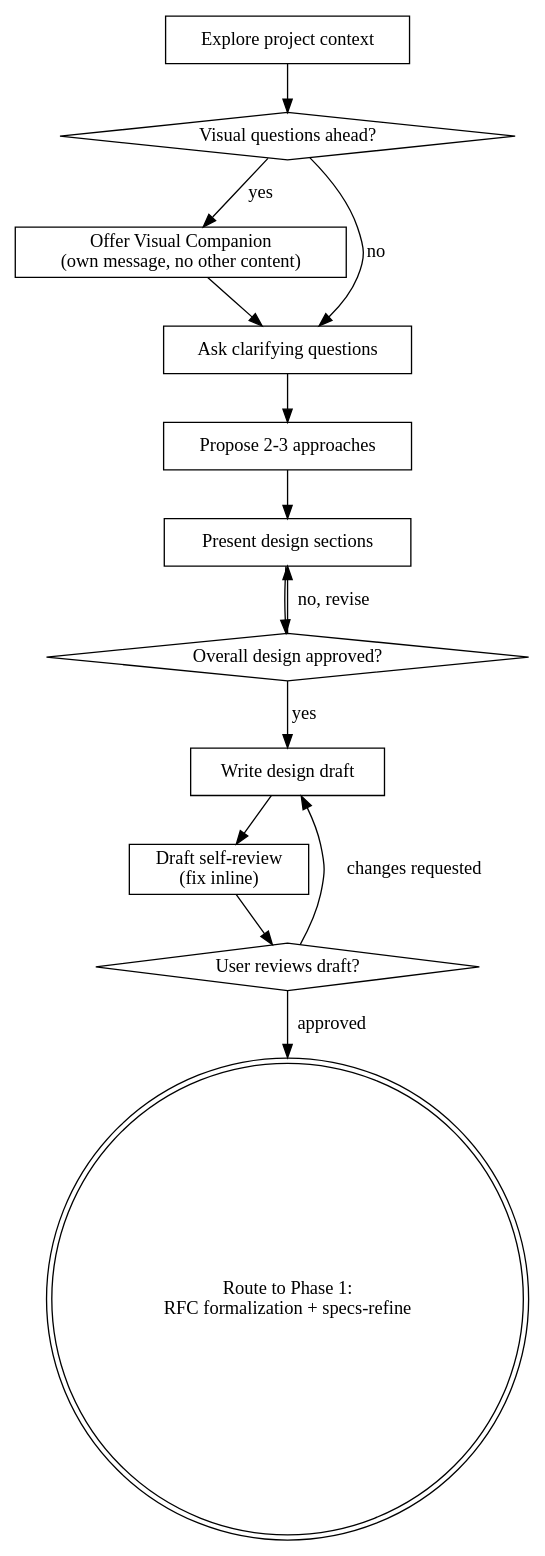
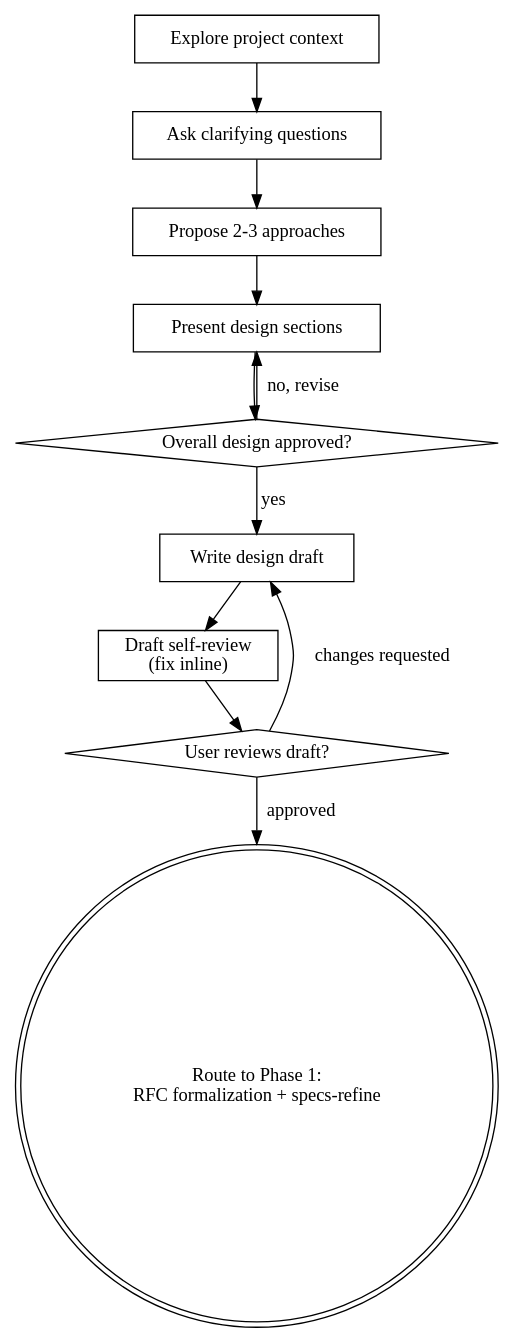
One commit to caesar0301/platonic-coding changed the diagram in skills/platonic-brainstorming/SKILL.md. Above: the diagram before and after it, drawn with Graphviz. The commit also changed other lines of this file and 7 other files, not shown here.

````diff
--- a/skills/platonic-brainstorming/SKILL.md
+++ b/skills/platonic-brainstorming/SKILL.md
@@ -43,29 +42,24 @@
 ```dot
 digraph platonic_brainstorming {
     "Explore project context" [shape=box];
-    "Visual questions ahead?" [shape=diamond];
-    "Offer Visual Companion\n(own message, no other content)" [shape=box];
     "Ask clarifying questions" [shape=box];
     "Propose 2-3 approaches" [shape=box];
     "Present design sections" [shape=box];
     "Overall design approved?" [shape=diamond];
     "Write design draft" [shape=box];
     "Draft self-review\n(fix inline)" [shape=box];
     "User reviews draft?" [shape=diamond];
     "Route to Phase 1:\nRFC formalization + specs-refine" [shape=doublecircle];
 
-    "Explore project context" -> "Visual questions ahead?";
-    "Visual questions ahead?" -> "Offer Visual Companion\n(own message, no other content)" [label="yes"];
-    "Visual questions ahead?" -> "Ask clarifying questions" [label="no"];
-    "Offer Visual Companion\n(own message, no other content)" -> "Ask clarifying questions";
+    "Explore project context" -> "Ask clarifying questions";
     "Ask clarifying questions" -> "Propose 2-3 approaches";
     "Propose 2-3 approaches" -> "Present design sections";
     "Present design sections" -> "Overall design approved?";
     "Overall design approved?" -> "Present design sections" [label="no, revise"];
     "Overall design approved?" -> "Write design draft" [label="yes"];
     "Write design draft" -> "Draft self-review\n(fix inline)";
     "Draft self-review\n(fix inline)" -> "User reviews draft?";
     "User reviews draft?" -> "Write design draft" [label="changes requested"];
     "User reviews draft?" -> "Route to Phase 1:\nRFC formalization + specs-refine" [label="approved"];
 }
 ```
````
